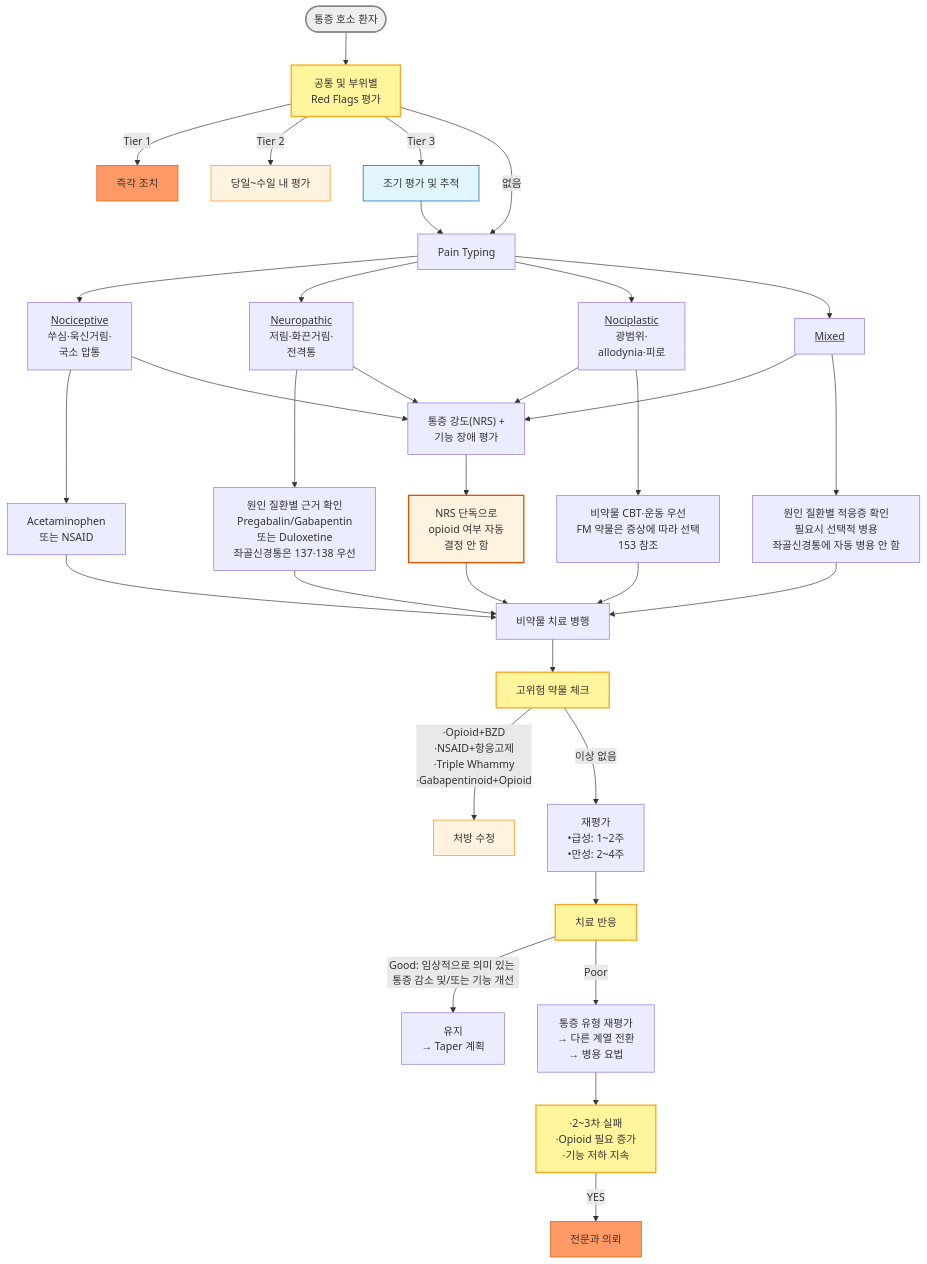
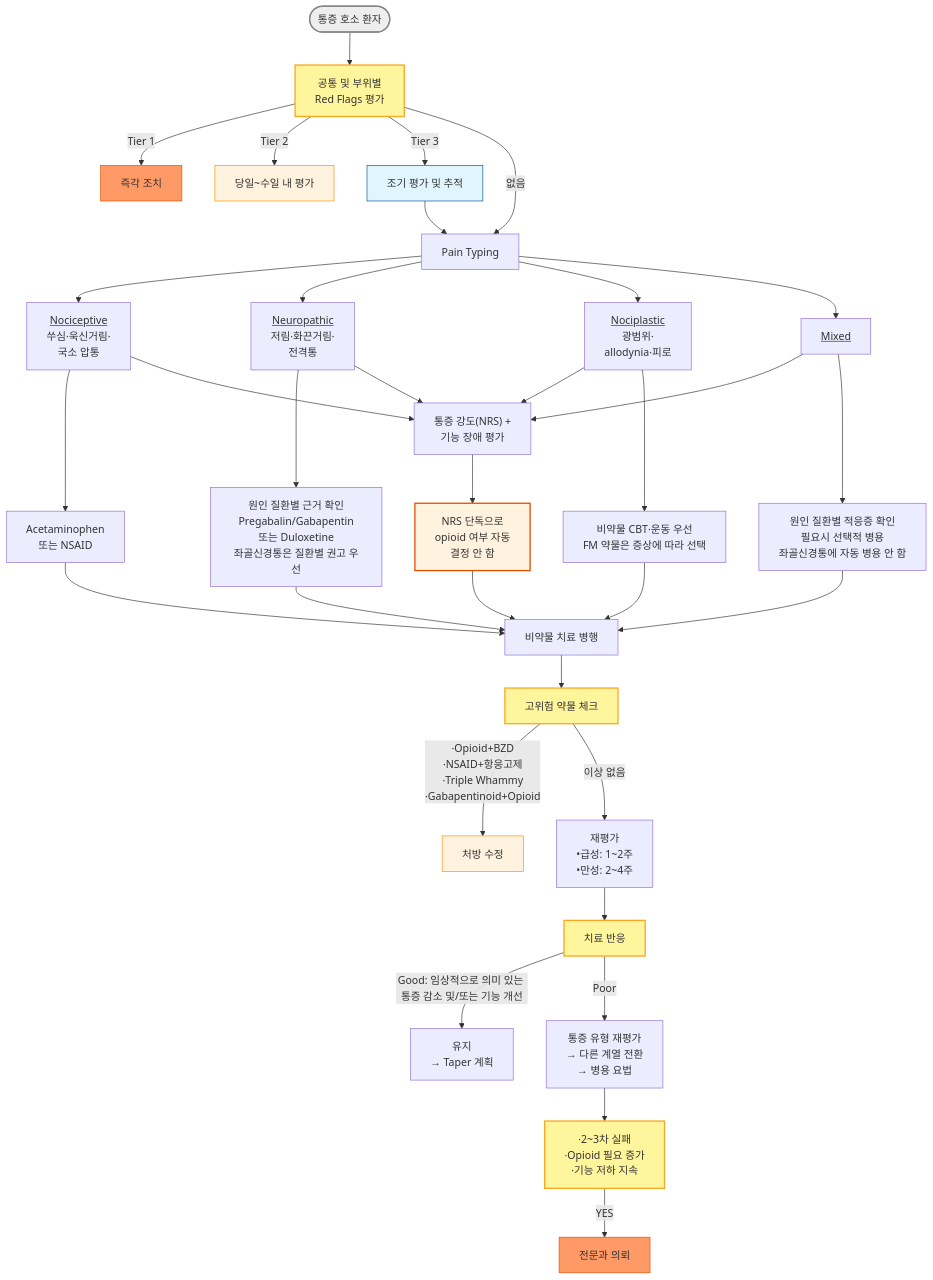
Before and after one commit to familyoh77/familyoh77: the first of 2 diagrams in 220_/001_-pain.md, drawn with Mermaid. The commit also changed other lines of this file, not shown here.

````diff
--- a/220_/001_-pain.md
+++ b/220_/001_-pain.md
@@ -139,39 +139,39 @@
 ```mermaid
 flowchart TD
     A([통증 호소 환자]) --> B[공통 및 부위별\nRed Flags 평가]
     B -->|Tier 1| C[즉각 조치]
     B -->|Tier 2| C2[당일~수일 내 평가]
     B -->|Tier 3| C3[조기 평가 및 추적]
     B -->|없음| D[Pain Typing]
     C3 --> D
     D --> D1[<u>Nociceptive</u>\n쑤심·욱신거림·\n국소 압통]
     D --> D2[<u>Neuropathic</u>\n저림·화끈거림·\n전격통]
     D --> D3[<u>Nociplastic</u>\n광범위·\nallodynia·피로]
     D --> D4[<u>Mixed</u>]
     D1 --> F1[Acetaminophen \n또는 NSAID]
-    D2 --> G1["원인 질환별 근거 확인\nPregabalin/Gabapentin\n또는 Duloxetine\n좌골신경통은 137·138 우선"]
+    D2 --> G1["원인 질환별 근거 확인\nPregabalin/Gabapentin\n또는 Duloxetine\n좌골신경통은 질환별 권고 우선"]
     D1 & D2 & D3 & D4 --> E["통증 강도(NRS) +\n 기능 장애 평가"]
     E --> E0["NRS 단독으로 \nopioid 여부 자동 \n결정 안 함"]
-    D3 --> G2["비약물 CBT·운동 우선\nFM 약물은 증상에 따라 선택\n153 참조"]
+    D3 --> G2["비약물 CBT·운동 우선\nFM 약물은 증상에 따라 선택"]
     D4 --> F2["원인 질환별 적응증 확인\n필요시 선택적 병용\n좌골신경통에 자동 병용 안 함"]
     E0 & F1 & G1 & G2 & F2 --> H[비약물 치료 병행]
     H --> I[고위험 약물 체크]
     I --> |"·Opioid+BZD\n·NSAID+항응고제\n·Triple Whammy\n·Gabapentinoid+Opioid"| J[처방 수정]
     I -->|"이상 없음"| K[재평가\n•급성: 1~2주\n•만성: 2~4주]
     K --> L[치료 반응]
     L -->|Good: 임상적으로 의미 있는 통증 감소 및/또는 기능 개선| M[유지 \n→ Taper 계획]
     L -->|Poor| N[통증 유형 재평가\n→ 다른 계열 전환\n→ 병용 요법]
     N --> O[·2~3차 실패\n·Opioid 필요 증가\n·기능 저하 지속]
     O -->|YES| P[전문과 의뢰]
     style C fill:#f96,stroke:#e65100
     style C2 fill:#fff3e0,stroke:#ff8f00
     style C3 fill:#e1f5fe,stroke:#01579b
     style P fill:#f96,stroke:#e65100
     style J fill:#fff3e0,stroke:#ff8f00
     style E0 fill:#fff3e0,stroke:#e65100,stroke-width:2px
     style B fill:#fff59d,stroke:#f9a825,stroke-width:2px
     style I fill:#fff59d,stroke:#f9a825,stroke-width:2px
     style L fill:#fff59d,stroke:#f9a825,stroke-width:2px
     style O fill:#fff59d,stroke:#f9a825,stroke-width:2px
     style A fill:#eeeeee,stroke:#888888,stroke-width:2px
 ```
````
